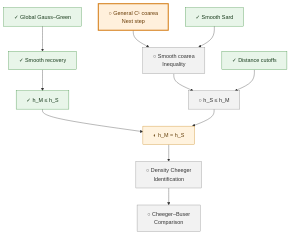
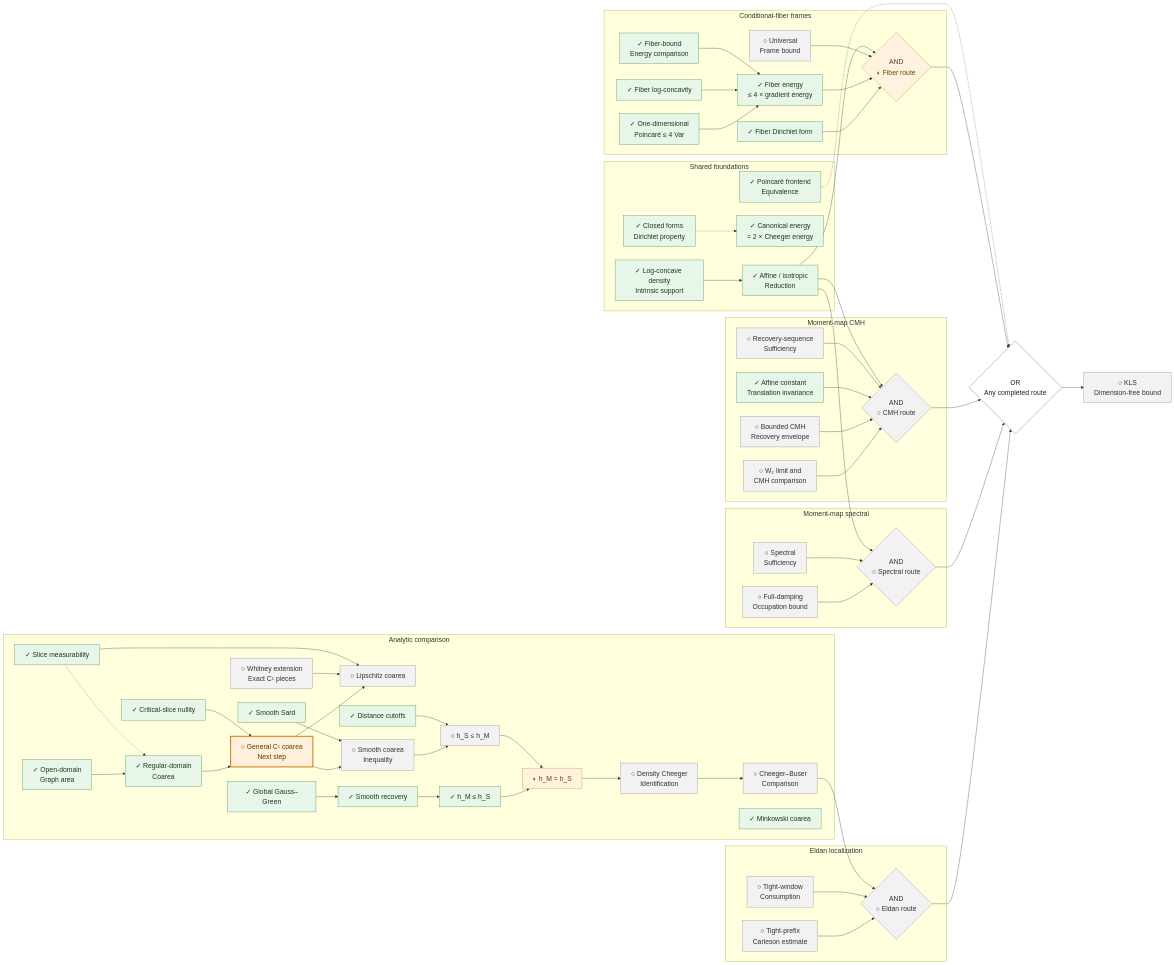
One commit to human-ai-mathematics/kls-lean changed the diagram in research/progress/README.md. Above: the diagram before and after it, drawn with Mermaid. The commit also changed other lines of this file and 5 other files, not shown here.

Commit message:
docs: combine route diagram and inventory all upstream approaches [skip ci]

````diff
--- a/research/progress/README.md
+++ b/research/progress/README.md
@@ -249,9 +21,24 @@
 ```mermaid
-flowchart TB
+%%{init: {"themeVariables": {"fontSize": "20px"}, "flowchart": {"useMaxWidth": false, "nodeSpacing": 40, "rankSpacing": 65}}}%%
+flowchart LR
+    subgraph FOUND["Shared foundations"]
+    DENS["✓ Log-concave density<br/>Intrinsic support"]
+    NORM["✓ Affine / isotropic<br/>Reduction"]
+    FORMS["✓ Closed forms<br/>Dirichlet property"]
+    ENERGY["✓ Canonical energy<br/>= 2 × Cheeger energy"]
+    CONST["✓ Poincaré frontend<br/>Equivalence"]
+    end
+    subgraph ANALYSIS["Analytic comparison"]
+    MEAS["✓ Slice measurability"]
+    GRAPH["✓ Open-domain<br/>Graph area"]
+    REG["✓ Regular-domain<br/>Coarea"]
+    CRIT["✓ Critical-slice nullity"]
+    C1["○ General C¹ coarea<br/>Next step"]
+    WHIT["○ Whitney extension<br/>Exact C¹ pieces"]
+    LIP["○ Lipschitz coarea"]
     GG["✓ Global Gauss–Green"]
     REC["✓ Smooth recovery"]
     FWD["✓ h_M ≤ h_S"]
-    C1["○ General C¹ coarea<br/>Next step"]
     SARD["✓ Smooth Sard"]
     SCI["○ Smooth coarea<br/>Inequality"]
     CUT["✓ Distance cutoffs"]
@@ -259,7 +46,63 @@
     EQ["◐ h_M = h_S"]
     FRONT["○ Density Cheeger<br/>Identification"]
     CB["○ Cheeger–Buser<br/>Comparison"]
-
+    MINK["✓ Minkowski coarea"]
+    end
+    subgraph ELDAN["Eldan localization"]
+    EG["○ Tight-prefix<br/>Carleson estimate"]
+    EC["○ Tight-window<br/>Consumption"]
+    EAND{"AND<br/>○ Eldan route"}
+    end
+    subgraph SPECTRAL["Moment-map spectral"]
+    SG["○ Full-damping<br/>Occupation bound"]
+    SC["○ Spectral<br/>Sufficiency"]
+    SAND{"AND<br/>○ Spectral route"}
+    end
+    subgraph CMH["Moment-map CMH"]
+    MH["○ W₂ limit and<br/>CMH comparison"]
+    MG["○ Bounded CMH<br/>Recovery envelope"]
+    MT["✓ Affine constant<br/>Translation invariance"]
+    MC["○ Recovery-sequence<br/>Sufficiency"]
+    MAND{"AND<br/>○ CMH route"}
+    end
+    subgraph FIBER["Conditional-fiber frames"]
+    ONE["✓ One-dimensional<br/>Poincaré ≤ 4 Var"]
+    FLOG["✓ Fiber log-concavity"]
+    FP["✓ Fiber-bound<br/>Energy comparison"]
+    F4["✓ Fiber energy<br/>≤ 4 × gradient energy"]
+    FC["✓ Fiber Dirichlet form"]
+    FG["○ Universal<br/>Frame bound"]
+    FAND{"AND<br/>◐ Fiber route"}
+    end
+    ANY{"OR<br/>Any completed route"}
+    KLS["○ KLS<br/>Dimension-free bound"]
+    EG --> EAND
+    EC --> EAND
+    CB --> EAND
+    SG --> SAND
+    SC --> SAND
+    NORM --> SAND
+    MH --> MAND
+    MG --> MAND
+    MT --> MAND
+    MC --> MAND
+    NORM --> MAND
+    ONE --> F4
+    FLOG --> F4
+    FP --> F4
+    FC --> FAND
+    F4 --> FAND
+    FG --> FAND
+    NORM --> FAND
+    DENS --> NORM
+    FORMS -.-> ENERGY
+    GRAPH --> REG
+    MEAS -.-> REG
+    REG --> C1
+    CRIT --> C1
+    C1 --> LIP
+    WHIT --> LIP
+    MEAS --> LIP
     GG --> REC
     REC --> FWD
     C1 --> SCI
@@ -270,24 +113,63 @@
     REV --> EQ
     EQ --> FRONT
     FRONT --> CB
-
+    EAND --> ANY
+    SAND --> ANY
+    MAND --> ANY
+    FAND --> ANY
+    ANY --> KLS
+    CONST -.-> ANY
     classDef done fill:#e8f5e9,stroke:#388e3c,color:#183b1c;
-    class GG,REC,FWD,SARD,CUT done;
+    class NORM,MT,ONE,FLOG,FP,F4,FC,DENS,FORMS,ENERGY,CONST,MEAS,GRAPH,REG,CRIT,GG,REC,FWD,SARD,CUT,MINK done;
     classDef partial fill:#fff3df,stroke:#c88719,color:#66420d;
-    class EQ partial;
+    class FAND,EQ partial;
     classDef todo fill:#f2f2f2,stroke:#888,color:#333;
-    class SCI,REV,FRONT,CB todo;
+    class EG,EC,CB,EAND,SG,SC,SAND,MH,MG,MC,MAND,FG,WHIT,LIP,SCI,REV,FRONT,KLS todo;
     classDef focus fill:#fff0dc,stroke:#d47b13,color:#663800,stroke-width:3px;
     class C1 focus;
+    classDef logic fill:#fff,stroke:#555,color:#222;
+    class ANY logic;
+    click EG href "https://github.com/numina-functional-inequalities/kls-lean/blob/main/formalization/blueprint/src/chapters/50-kls-routes.tex" "○ Tight-prefix — Carleson estimate" _blank
+    click EC href "https://github.com/numina-functional-inequalities/kls-lean/blob/main/formalization/blueprint/src/chapters/50-kls-routes.tex" "○ Tight-window — Consumption" _blank
+    click CB href "https://github.com/numina-functional-inequalities/kls-lean/blob/main/formalization/blueprint/src/chapters/45-shared-analytic-bridges.tex" "○ Cheeger–Buser — Comparison" _blank
+    click EAND href "https://github.com/numina-functional-inequalities/kls-lean/blob/main/formalization/blueprint/route-composition.yaml" "AND — ○ Eldan route" _blank
+    click SG href "https://github.com/numina-functional-inequalities/kls-lean/blob/main/formalization/blueprint/src/chapters/50-kls-routes.tex" "○ Full-damping — Occupation bound" _blank
+    click SC href "https://github.com/numina-functional-inequalities/kls-lean/blob/main/formalization/blueprint/src/chapters/50-kls-routes.tex" "○ Spectral — Sufficiency" _blank
+    click NORM href "https://github.com/numina-functional-inequalities/kls-lean/blob/main/formalization/FunctionalInequalities/KLS/LogConcave/Isotropic.lean" "✓ Affine / isotropic — Reduction" _blank
+    click SAND href "https://github.com/numina-functional-inequalities/kls-lean/blob/main/formalization/blueprint/route-composition.yaml" "AND — ○ Spectral route" _blank
+    click MH href "https://github.com/numina-functional-inequalities/kls-lean/blob/main/formalization/blueprint/src/chapters/50-kls-routes.tex" "○ W₂ limit and — CMH comparison" _blank
+    click MG href "https://github.com/numina-functional-inequalities/kls-lean/blob/main/formalization/blueprint/src/chapters/50-kls-routes.tex" "○ Bounded CMH — Recovery envelope" _blank
+    click MT href "https://github.com/numina-functional-inequalities/kls-lean/blob/main/formalization/FunctionalInequalities/Poincare/CovarianceGradient/Translation.lean" "✓ Affine constant — Translation invariance" _blank
+    click MC href "https://github.com/numina-functional-inequalities/kls-lean/blob/main/formalization/blueprint/src/chapters/50-kls-routes.tex" "○ Recovery-sequence — Sufficiency" _blank
+    click MAND href "https://github.com/numina-functional-inequalities/kls-lean/blob/main/formalization/blueprint/route-composition.yaml" "AND — ○ CMH route" _blank
+    click ONE href "https://github.com/numina-functional-inequalities/kls-lean/blob/main/formalization/FunctionalInequalities/KLS/LogConcave/Line/SharpPoincare.lean" "✓ One-dimensional — Poincaré ≤ 4 Var" _blank
+    click FLOG href "https://github.com/numina-functional-inequalities/kls-lean/blob/main/formalization/FunctionalInequalities/KLS/LogConcave/ConditionalFiber.lean" "✓ Fiber log-concavity" _blank
+    click FP href "https://github.com/numina-functional-inequalities/kls-lean/blob/main/formalization/FunctionalInequalities/KLS/ConditionalFiber/EnergyComparison.lean" "✓ Fiber-bound — Energy comparison" _blank
+    click F4 href "https://github.com/numina-functional-inequalities/kls-lean/blob/main/formalization/FunctionalInequalities/KLS/LogConcave/ConditionalFiber.lean" "✓ Fiber energy — ≤ 4 × gradient energy" _blank
+    click FC href "https://github.com/numina-functional-inequalities/kls-lean/blob/main/formalization/FunctionalInequalities/KLS/ConditionalFiber/Closed.lean" "✓ Fiber Dirichlet form" _blank
+    click FG href "https://github.com/numina-functional-inequalities/kls-lean/blob/main/formalization/blueprint/src/chapters/50-kls-routes.tex" "○ Universal — Frame bound" _blank
+    click FAND href "https://github.com/numina-functional-inequalities/kls-lean/blob/main/formalization/blueprint/route-composition.yaml" "AND — ◐ Fiber route" _blank
+    click DENS href "https://github.com/numina-functional-inequalities/kls-lean/blob/main/formalization/FunctionalInequalities/KLS/LogConcave/BorellRepresentation.lean" "✓ Log-concave density — Intrinsic support" _blank
+    click FORMS href "https://github.com/numina-functional-inequalities/kls-lean/blob/main/formalization/FunctionalInequalities/Energy/SmoothGradient/Dirichlet.lean" "✓ Closed forms — Dirichlet property" _blank
+    click ENERGY href "https://github.com/numina-functional-inequalities/kls-lean/blob/main/formalization/FunctionalInequalities/Energy/Cheeger.lean" "✓ Canonical energy — = 2 × Cheeger energy" _blank
+    click CONST href "https://github.com/numina-functional-inequalities/kls-lean/blob/main/formalization/FunctionalInequalities/KLS/LogConcave/Poincare.lean" "✓ Poincaré frontend — Equivalence" _blank
+    click MEAS href "https://github.com/numina-functional-inequalities/kls-lean/blob/main/formalization/FunctionalInequalities/KLS/Geometry/LevelSetMeasurable.lean" "✓ Slice measurability" _blank
+    click GRAPH href "https://github.com/numina-functional-inequalities/kls-lean/blob/main/formalization/FunctionalInequalities/Analysis/OpenGraphIntegral.lean" "✓ Open-domain — Graph area" _blank
+    click REG href "https://github.com/numina-functional-inequalities/kls-lean/blob/main/formalization/FunctionalInequalities/KLS/Geometry/RegularCoarea.lean" "✓ Regular-domain — Coarea" _blank
+    click CRIT href "https://github.com/numina-functional-inequalities/kls-lean/blob/main/formalization/FunctionalInequalities/KLS/Geometry/CriticalSlice.lean" "✓ Critical-slice nullity" _blank
+    click C1 href "https://github.com/numina-functional-inequalities/kls-lean/blob/main/research/decisions/2026-09-15-weighted-coarea-route.md#l11" "○ General C¹ coarea — Next step" _blank
+    click WHIT href "https://github.com/numina-functional-inequalities/kls-lean/blob/main/research/decisions/2026-09-15-weighted-coarea-route.md#l6" "○ Whitney extension — Exact C¹ pieces" _blank
+    click LIP href "https://github.com/numina-functional-inequalities/kls-lean/blob/main/research/decisions/2026-09-15-weighted-coarea-route.md#l12" "○ Lipschitz coarea" _blank
     click GG href "https://github.com/numina-functional-inequalities/kls-lean/blob/main/formalization/FunctionalInequalities/KLS/Geometry/GaussGreen.lean" "✓ Global Gauss–Green" _blank
     click REC href "https://github.com/numina-functional-inequalities/kls-lean/blob/main/formalization/FunctionalInequalities/KLS/Geometry/PerimeterRecovery.lean" "✓ Smooth recovery" _blank
     click FWD href "https://github.com/numina-functional-inequalities/kls-lean/blob/main/formalization/FunctionalInequalities/KLS/Geometry/CheegerInfimum.lean" "✓ h_M ≤ h_S" _blank
-    click C1 href "https://github.com/numina-functional-inequalities/kls-lean/blob/main/research/decisions/2026-09-15-weighted-coarea-route.md#l11" "○ General C¹ coarea — Next step" _blank
     click SARD href "https://github.com/numina-functional-inequalities/kls-lean/blob/main/formalization/FunctionalInequalities/Analysis/SmoothSard.lean" "✓ Smooth Sard" _blank
     click SCI href "https://github.com/numina-functional-inequalities/kls-lean/blob/main/formalization/FunctionalInequalities/KLS/WIP/CheegerInfimum.lean" "○ Smooth coarea — Inequality" _blank
     click CUT href "https://github.com/numina-functional-inequalities/kls-lean/blob/main/formalization/FunctionalInequalities/KLS/Geometry/DistanceCutoff.lean" "✓ Distance cutoffs" _blank
     click REV href "https://github.com/numina-functional-inequalities/kls-lean/blob/main/formalization/FunctionalInequalities/KLS/WIP/CheegerInfimum.lean" "○ h_S ≤ h_M" _blank
     click EQ href "https://github.com/numina-functional-inequalities/kls-lean/blob/main/formalization/FunctionalInequalities/KLS/WIP/CheegerInfimum.lean" "◐ h_M = h_S" _blank
     click FRONT href "https://github.com/numina-functional-inequalities/kls-lean/blob/main/formalization/blueprint/src/chapters/45-shared-analytic-bridges.tex" "○ Density Cheeger — Identification" _blank
-    click CB href "https://github.com/numina-functional-inequalities/kls-lean/blob/main/formalization/blueprint/src/chapters/45-shared-analytic-bridges.tex" "○ Cheeger–Buser — Comparison" _blank
+    click MINK href "https://github.com/numina-functional-inequalities/kls-lean/blob/main/formalization/FunctionalInequalities/KLS/Geometry/MinkowskiContent.lean" "✓ Minkowski coarea" _blank
+    click ANY href "https://github.com/numina-functional-inequalities/kls-lean/blob/main/formalization/blueprint/route-composition.yaml" "OR — Any completed route" _blank
+    click KLS href "https://github.com/numina-functional-inequalities/kls-lean/blob/main/formalization/FunctionalInequalities/KLS/Statement.lean" "○ KLS — Dimension-free bound" _blank
 ```
````
